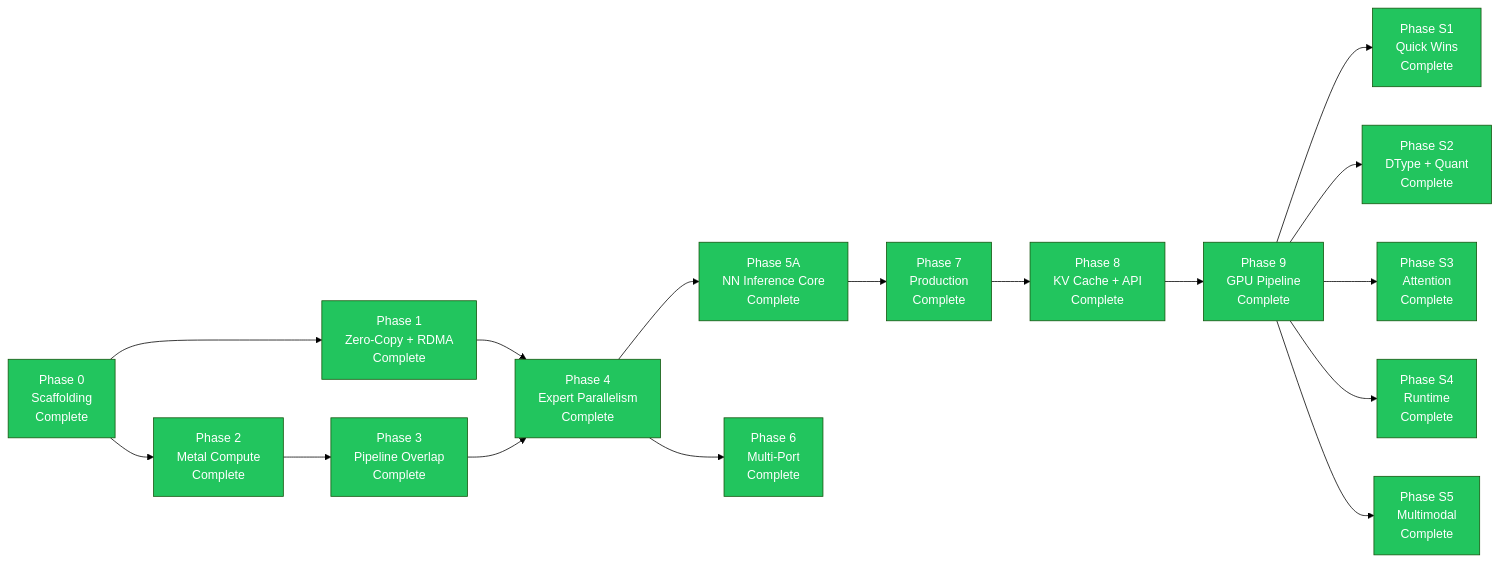
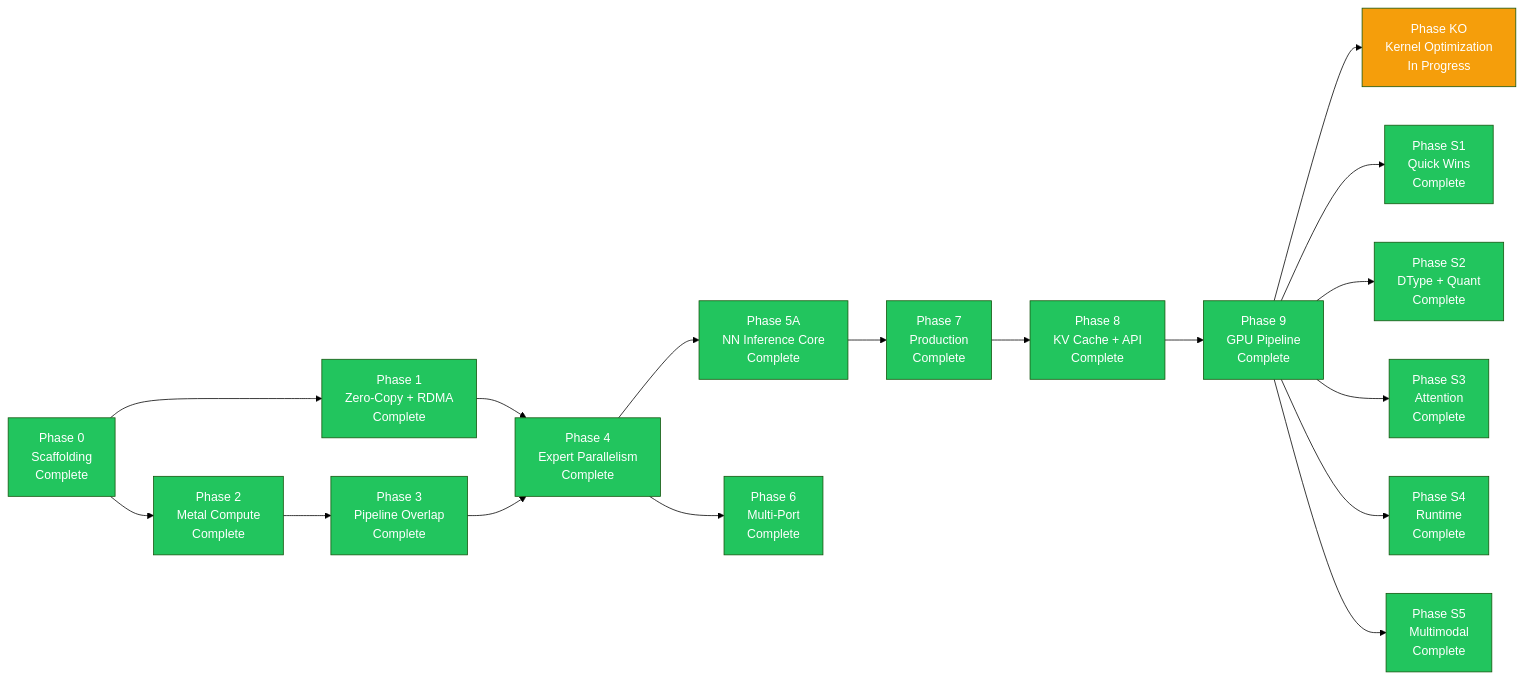
The diagram in docs/roadmap/phases.md (0xDaizz/RMLX), drawn with Mermaid (forest theme) before and after one commit. The commit also changed other lines of this file and 37 other files, not shown here.

First line of the commit message:
feat: Phase KO — kernel optimization, 77x decode speedup (5.1% gap to MLX)

````diff
--- a/docs/roadmap/phases.md
+++ b/docs/roadmap/phases.md
@@ -124,52 +130,55 @@
 ```mermaid
 graph LR
     P0["Phase 0<br/>Scaffolding<br/>Complete"]
     P1["Phase 1<br/>Zero-Copy + RDMA<br/>Complete"]
     P2["Phase 2<br/>Metal Compute<br/>Complete"]
     P3["Phase 3<br/>Pipeline Overlap<br/>Complete"]
     P4["Phase 4<br/>Expert Parallelism<br/>Complete"]
     P5A["Phase 5A<br/>NN Inference Core<br/>Complete"]
     P6["Phase 6<br/>Multi-Port<br/>Complete"]
     P7["Phase 7<br/>Production<br/>Complete"]
     P8["Phase 8<br/>KV Cache + API<br/>Complete"]
     P9["Phase 9<br/>GPU Pipeline<br/>Complete"]
+    PKO["Phase KO<br/>Kernel Optimization<br/>In Progress"]
 
     P0 --> P1
     P0 --> P2
     P2 --> P3
     P1 --> P4
     P3 --> P4
     P4 --> P5A
     P4 --> P6
     P5A --> P7
     P7 --> P8
     P8 --> P9
+    P9 --> PKO
 
     PS1["Phase S1<br/>Quick Wins<br/>Complete"]
     PS2["Phase S2<br/>DType + Quant<br/>Complete"]
     PS3["Phase S3<br/>Attention<br/>Complete"]
     PS4["Phase S4<br/>Runtime<br/>Complete"]
     PS5["Phase S5<br/>Multimodal<br/>Complete"]
 
     P9 --> PS1
     P9 --> PS2
     P9 --> PS3
     P9 --> PS4
     P9 --> PS5
 
     style P0 fill:#22c55e,color:#fff
     style P1 fill:#22c55e,color:#fff
     style P2 fill:#22c55e,color:#fff
     style P3 fill:#22c55e,color:#fff
     style P4 fill:#22c55e,color:#fff
     style P5A fill:#22c55e,color:#fff
     style P6 fill:#22c55e,color:#fff
     style P7 fill:#22c55e,color:#fff
     style P8 fill:#22c55e,color:#fff
     style P9 fill:#22c55e,color:#fff
+    style PKO fill:#f59e0b,color:#fff
     style PS1 fill:#22c55e,color:#fff
     style PS2 fill:#22c55e,color:#fff
     style PS3 fill:#22c55e,color:#fff
     style PS4 fill:#22c55e,color:#fff
     style PS5 fill:#22c55e,color:#fff
 ```
````
